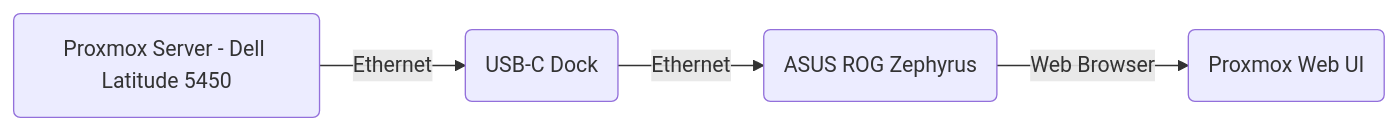
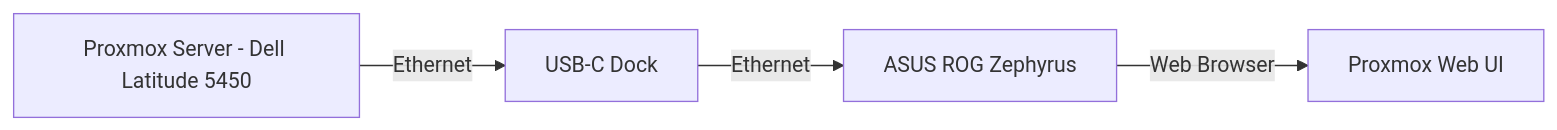
One commit to ccook451/Ultimate-SEAR-Security-Lab changed the third of 5 diagrams in docs/Proxmox_Setup.md. Above: the diagram before and after it, drawn with Mermaid. The commit also changed other lines of this file, not shown here.

````diff
--- a/docs/Proxmox_Setup.md
+++ b/docs/Proxmox_Setup.md
@@ -56,6 +57,6 @@
 ```mermaid
 graph LR;
-    A(Proxmox Server - Dell Latitude 5450) -- Ethernet --> B(USB-C Dock);
-    B -- Ethernet --> C(ASUS ROG Zephyrus);
-    C -- Web Browser --> D(Proxmox Web UI);
+    A[Proxmox Server - Dell Latitude 5450] -- Ethernet --> B[USB-C Dock];
+    B -- Ethernet --> C[ASUS ROG Zephyrus];
+    C -- Web Browser --> D[Proxmox Web UI];
 ```
````
